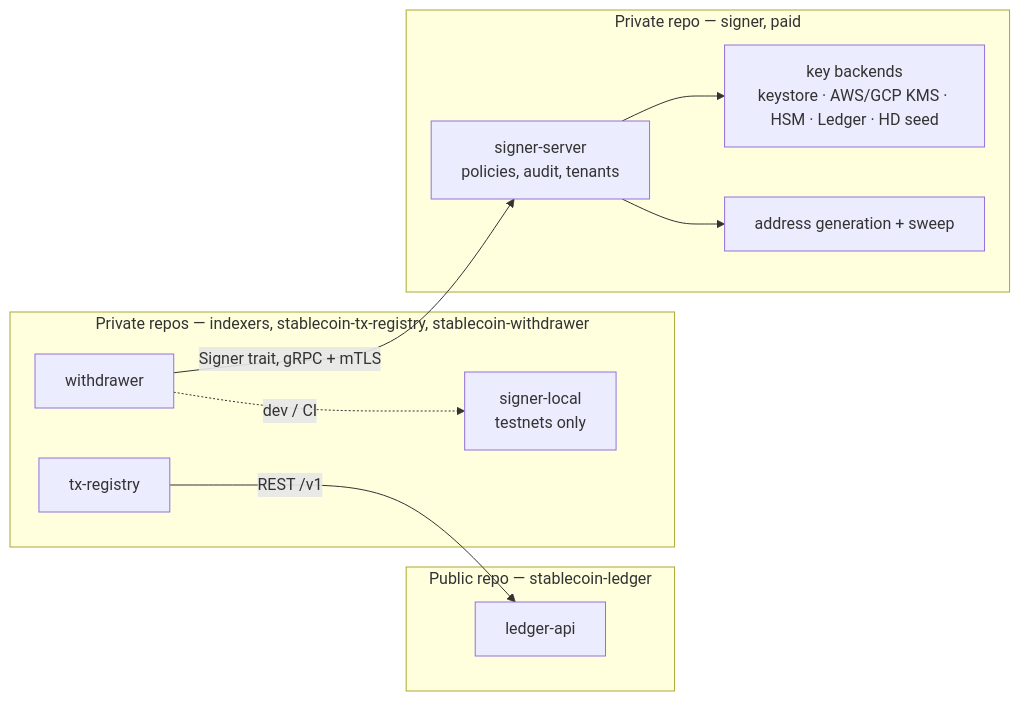
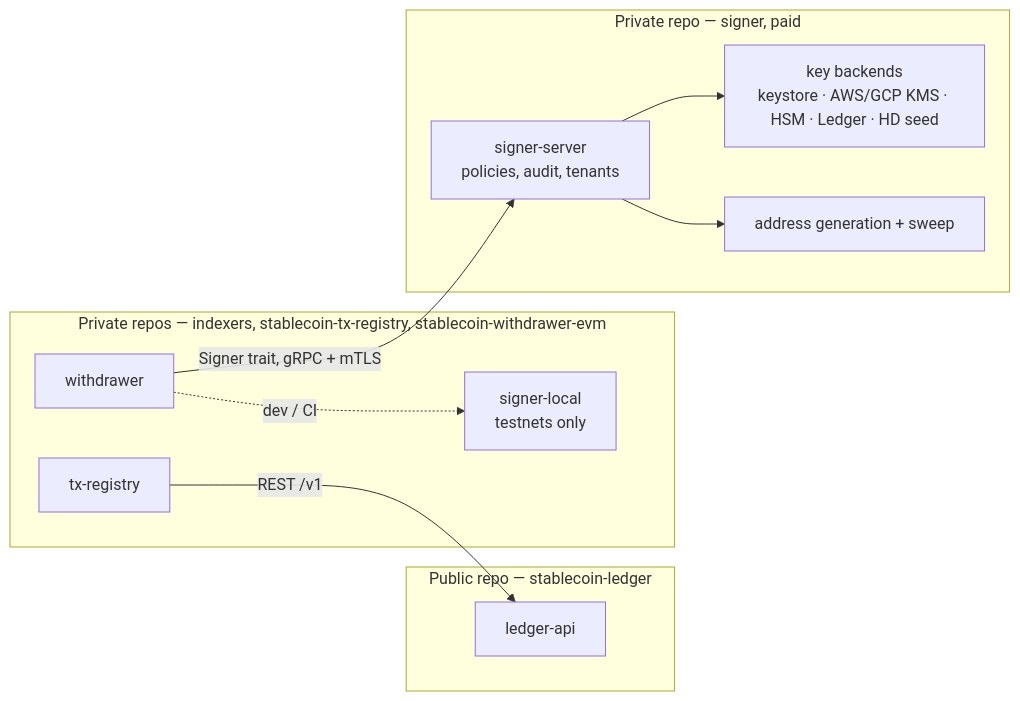
One commit to Next-Vector/stablecoin-ledger changed the seventh of 7 diagrams in docs/architecture.md. Above: the diagram before and after it, drawn with Mermaid. The commit also changed other lines of this file and 4 other files, not shown here.

````diff
--- a/docs/architecture.md
+++ b/docs/architecture.md
@@ -196,21 +196,21 @@
 ```mermaid
 flowchart LR
     subgraph public [Public repo — stablecoin-ledger]
         ledger[ledger-api]
     end
-    subgraph chainside [Private repos — indexers, stablecoin-tx-registry, stablecoin-withdrawer]
+    subgraph chainside [Private repos — indexers, stablecoin-tx-registry, stablecoin-withdrawer-evm]
         reg[tx-registry]
         wd[withdrawer]
         local[signer-local<br/>testnets only]
     end
     subgraph private [Private repo — signer, paid]
         srv[signer-server<br/>policies, audit, tenants]
         keys["key backends<br/>keystore · AWS/GCP KMS · HSM · Ledger · HD seed"]
         addr[address generation + sweep]
     end
     reg -- "REST /v1" --> ledger
     wd -- "Signer trait, gRPC + mTLS" --> srv
     wd -. dev / CI .-> local
     srv --> keys
     srv --> addr
 ```
````
